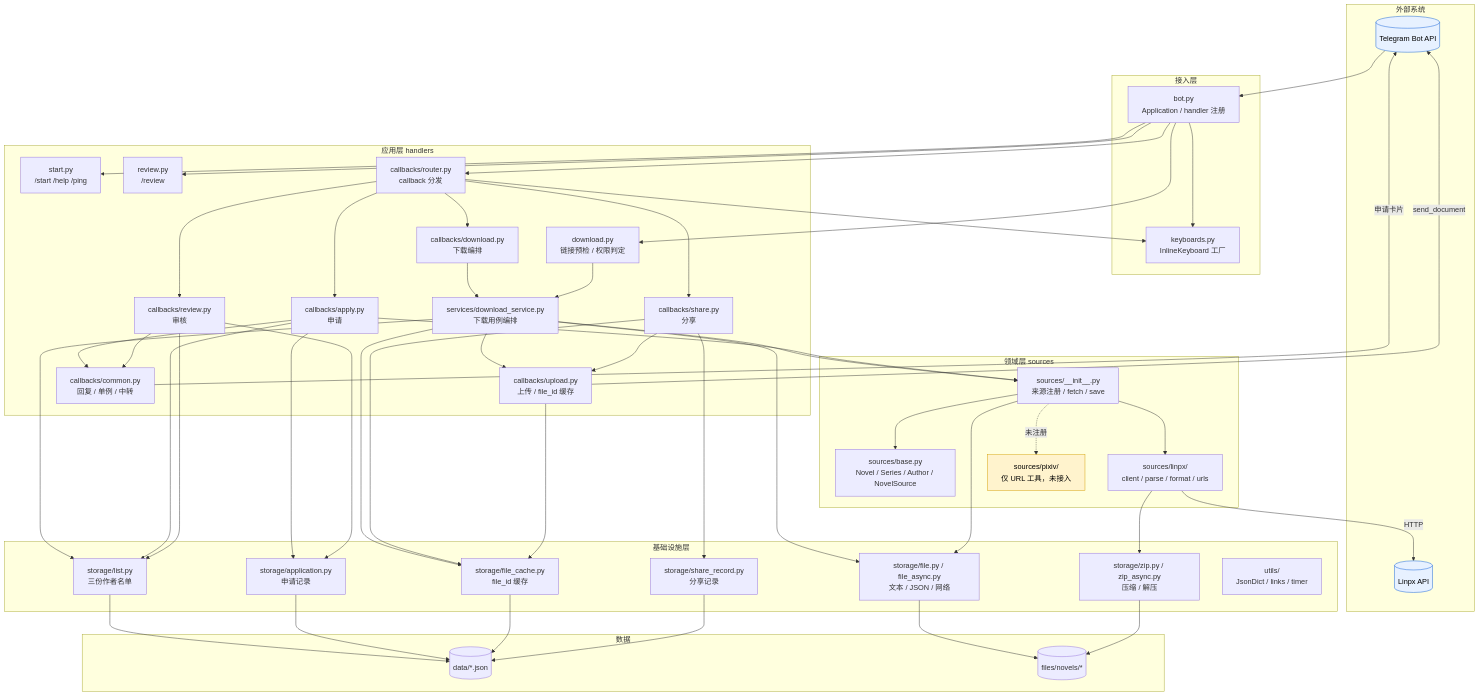
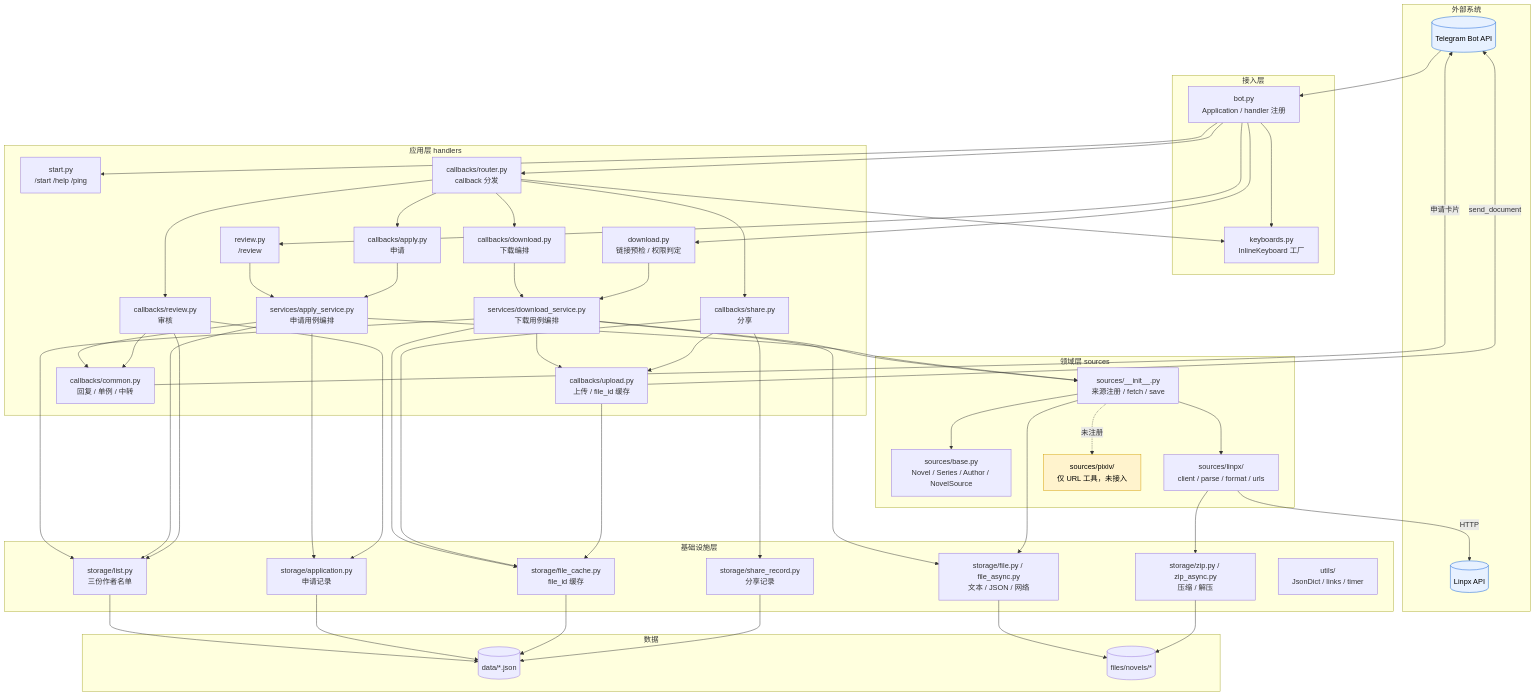
Before and after one commit to DowneyRem/FurryReadingBot: the first of 6 diagrams in docs/03-项目架构说明.md, drawn with Mermaid. The commit also changed other lines of this file and 8 other files, not shown here.

Commit message:
Service：拆分 apply_service

```diff
--- a/docs/03-项目架构说明.md
+++ b/docs/03-项目架构说明.md
@@ -48,6 +48,7 @@
         C4[callbacks/share.py<br/>分享]
         C5[callbacks/upload.py<br/>上传 / file_id 缓存]
         C6[callbacks/common.py<br/>回复 / 单例 / 中转]
+        ASVC[services/apply_service.py<br/>申请用例编排]
         SVC[services/download_service.py<br/>下载用例编排]
     end
 
@@ -84,20 +85,22 @@
     R --> C4
     C3 --> SVC
     H2 --> SVC
+    H3 --> ASVC
+    C1 --> ASVC
     SVC --> C5
     C4 --> C5
-    C1 --> C6
+    ASVC --> C6
     C2 --> C6
     SVC --> REG
-    C1 --> REG
+    ASVC --> REG
     REG --> BASE
     REG --> LX
     REG -.->|未注册| PX
     LX -->|HTTP| API
-    C1 --> ST2
+    ASVC --> ST2
     C2 --> ST2
     SVC --> ST1
-    C1 --> ST1
+    ASVC --> ST1
     C2 --> ST1
     SVC --> ST3
     C4 --> ST3
```
